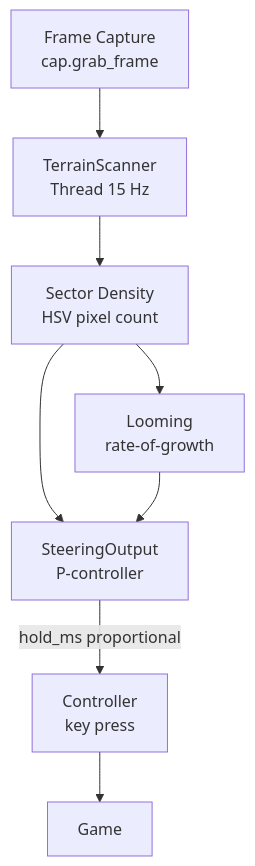
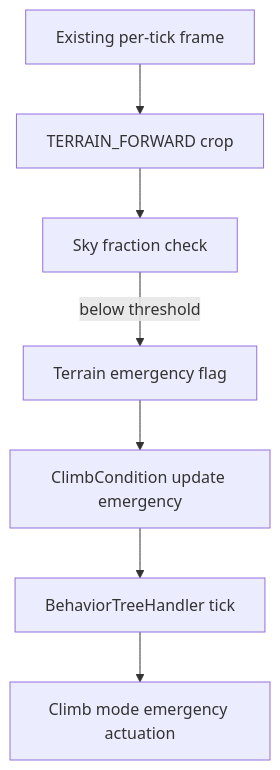
Before and after one commit to mhouse1/wingman: the diagram in docs/hldd/001-terrain-avoidance-hldd.md, drawn with Mermaid. The commit also changed other lines of this file and 4 other files, not shown here.

````diff
--- a/docs/hldd/001-terrain-avoidance-hldd.md
+++ b/docs/hldd/001-terrain-avoidance-hldd.md
@@ -68,10 +137,9 @@
 ```mermaid
 flowchart TD
-    CAP[Frame Capture\ncap.grab_frame] --> SCAN[TerrainScanner\nThread 15 Hz]
-    SCAN --> SECTOR[Sector Density\nHSV pixel count]
-    SECTOR --> LOOM[Looming\nrate-of-growth]
-    SECTOR --> STEER[SteeringOutput\nP-controller]
-    LOOM --> STEER
-    STEER -->|hold_ms proportional| CTRL[Controller\nkey press]
-    CTRL --> GAME[Game]
+    F[Existing per-tick frame] --> C[TERRAIN_FORWARD crop]
+    C --> S[Sky fraction check]
+    S -->|below threshold| E[Terrain emergency flag]
+    E --> CC[ClimbCondition update emergency]
+    CC --> T[BehaviorTreeHandler tick]
+    T --> CM[Climb mode emergency actuation]
 ```
````
